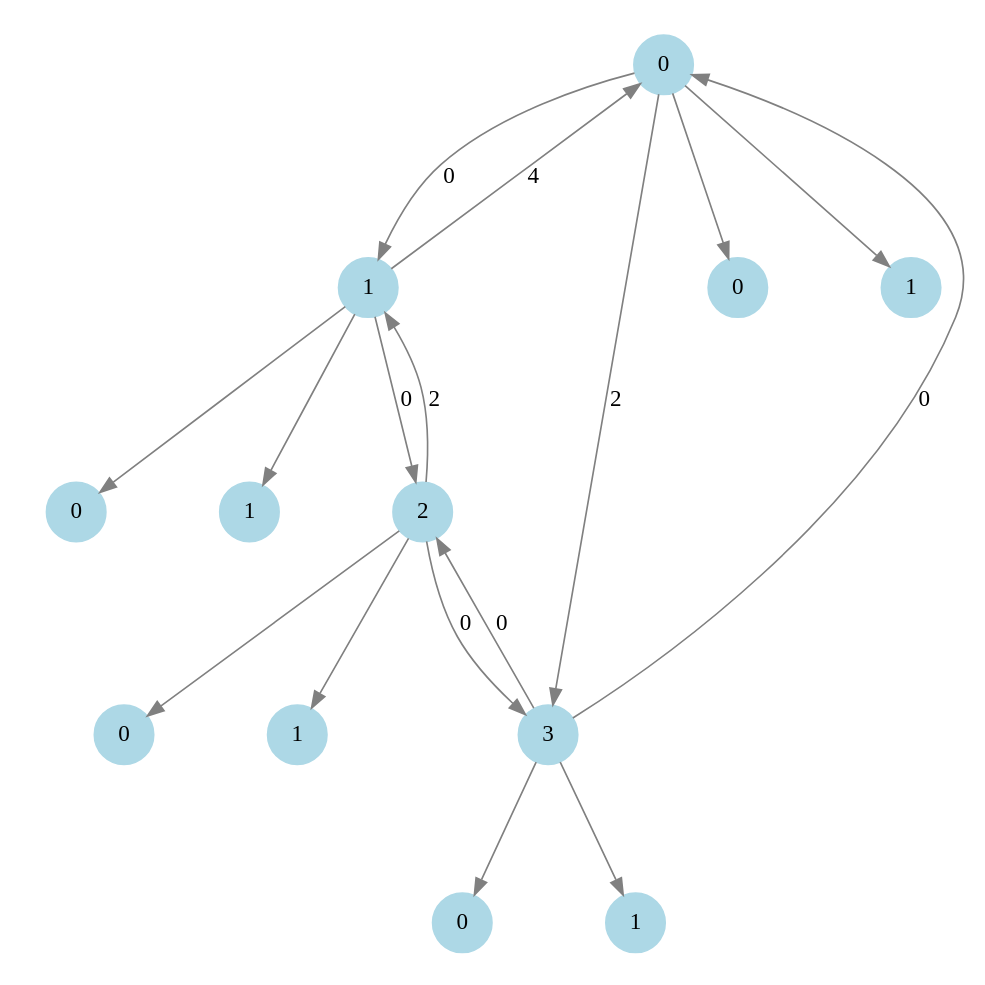
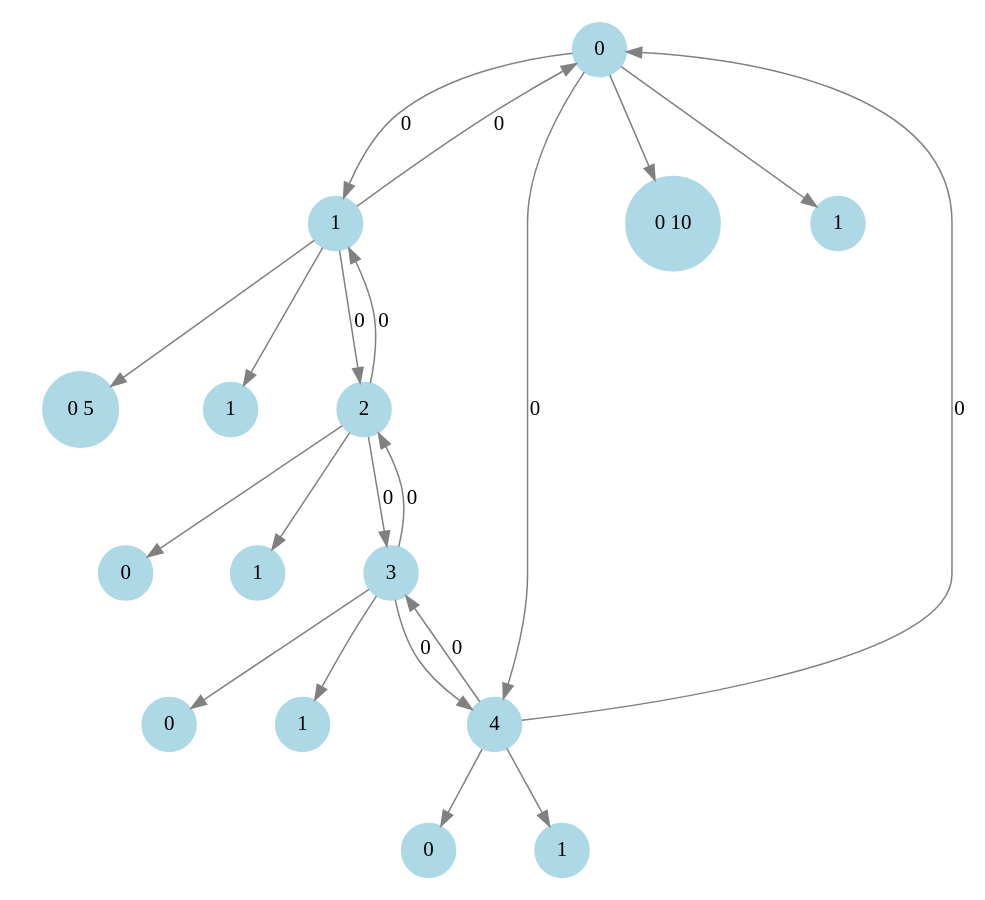
Before and after one commit to Fede108/Algoritmos-y-estructura-de-Datos: the diagram in Trabajo_Final/src/grafo.dot, drawn with Graphviz. The commit also changed 5 other files, not shown here.

```diff
--- a/Trabajo_Final/src/grafo.dot
+++ b/Trabajo_Final/src/grafo.dot
@@ -1,30 +1,36 @@
 digraph G {
     node [shape=circle, style=filled, color=lightblue];
     edge [color=gray, penwidth=1];
     size="8,8";
     ratio="fill";
     0 -> 1 [label="0"];
-    0 -> 3 [label="2"];
+    0 -> 4 [label="0"];
     0 -> 00;
-    00 [label="0"];
+    00 [label="0 10"];
     0 -> 10;
     10 [label="1"];
-    1 -> 0 [label="4"];
+    1 -> 0 [label="0"];
     1 -> 2 [label="0"];
     1 -> 01;
-    01 [label="0"];
+    01 [label="0 5"];
     1 -> 11;
     11 [label="1"];
-    2 -> 1 [label="2"];
+    2 -> 1 [label="0"];
     2 -> 3 [label="0"];
     2 -> 02;
     02 [label="0"];
     2 -> 12;
     12 [label="1"];
-    3 -> 0 [label="0"];
     3 -> 2 [label="0"];
+    3 -> 4 [label="0"];
     3 -> 03;
     03 [label="0"];
     3 -> 13;
     13 [label="1"];
+    4 -> 0 [label="0"];
+    4 -> 3 [label="0"];
+    4 -> 04;
+    04 [label="0"];
+    4 -> 14;
+    14 [label="1"];
 }
```
